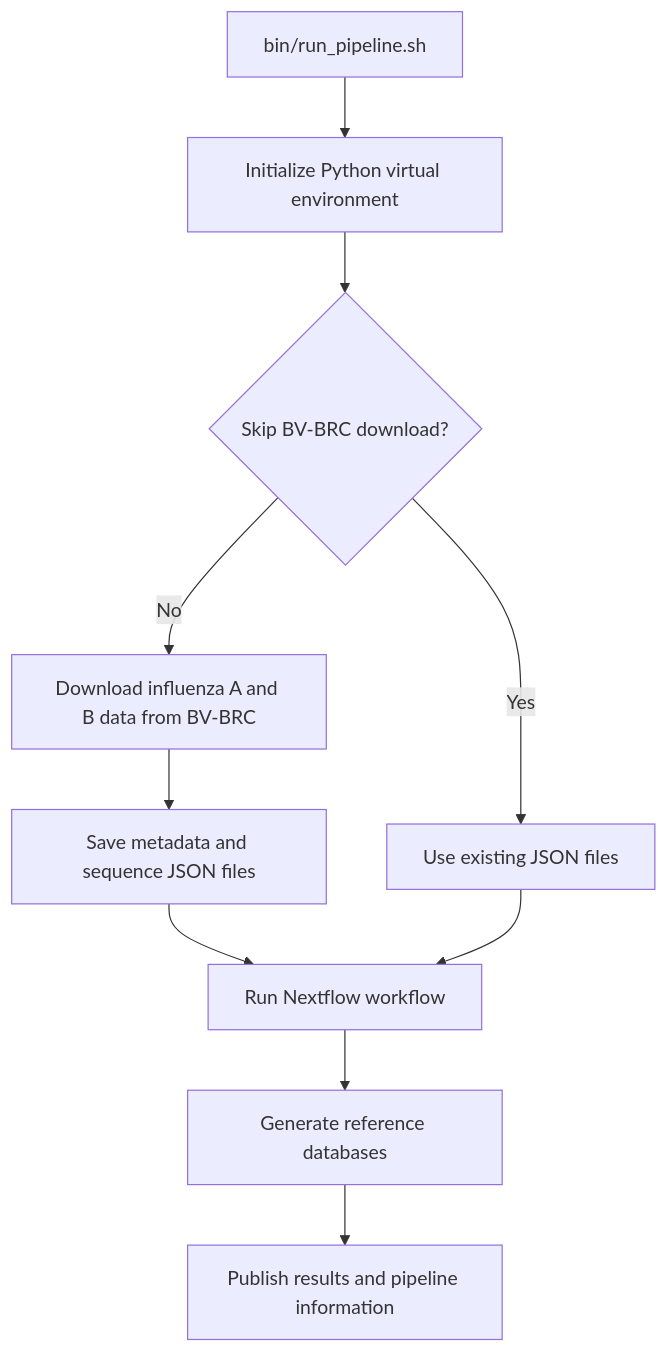
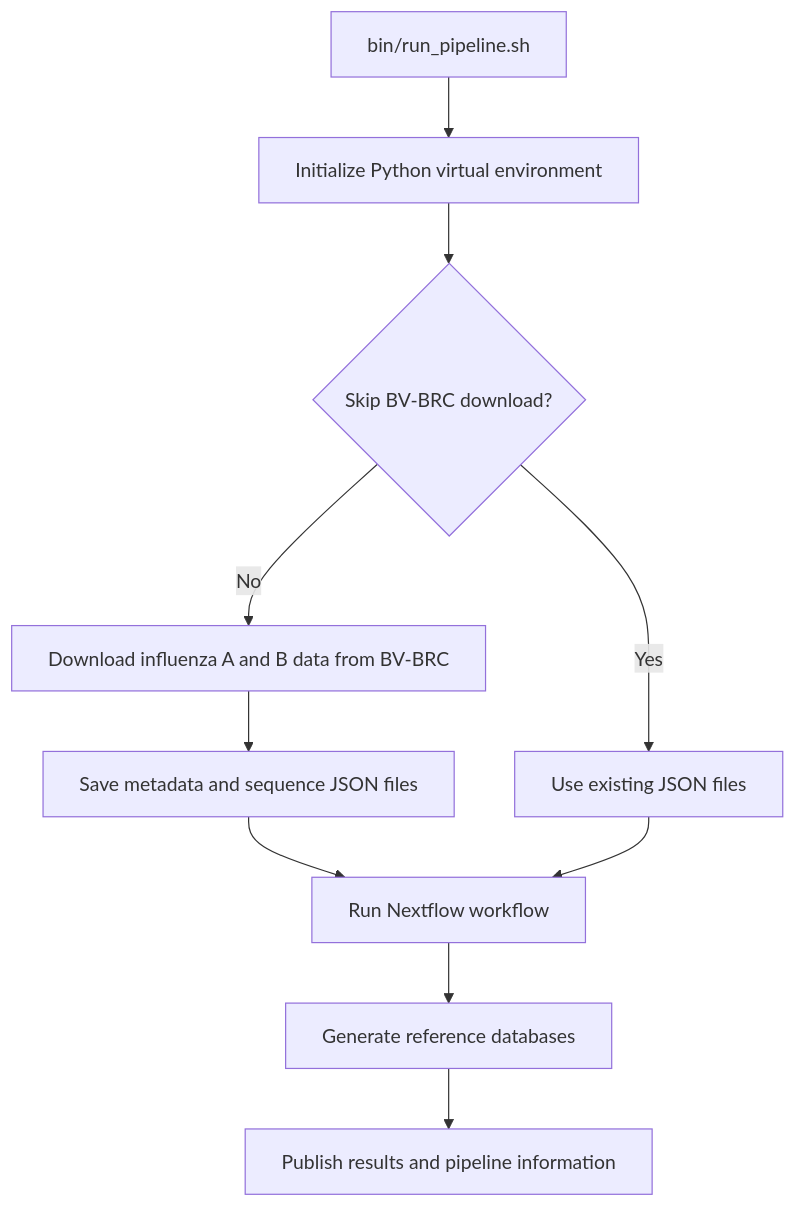
The first of 2 diagrams in README.md (xiaoli-dong/fluab-reference-db), drawn with Mermaid before and after one commit.

Commit message:
Add flowchart to README for pipeline execution
Added a flowchart to illustrate the pipeline execution process.

````diff
--- a/README.md
+++ b/README.md
@@ -27,15 +27,16 @@
 ```mermaid
+%%{init: {"flowchart": {"wrappingWidth": 350}}}%%
 flowchart TB
     A["bin/run_pipeline.sh"] --> B["Initialize Python virtual environment"]
     B --> C{"Skip BV-BRC download?"}
 
     C -->|No| D["Download influenza A and B data from BV-BRC"]
     C -->|Yes| E["Use existing JSON files"]
 
     D --> F["Save metadata and sequence JSON files"]
     F --> G["Run Nextflow workflow"]
     E --> G
 
     G --> H["Generate reference databases"]
     H --> I["Publish results and pipeline information"]
 ```
````
